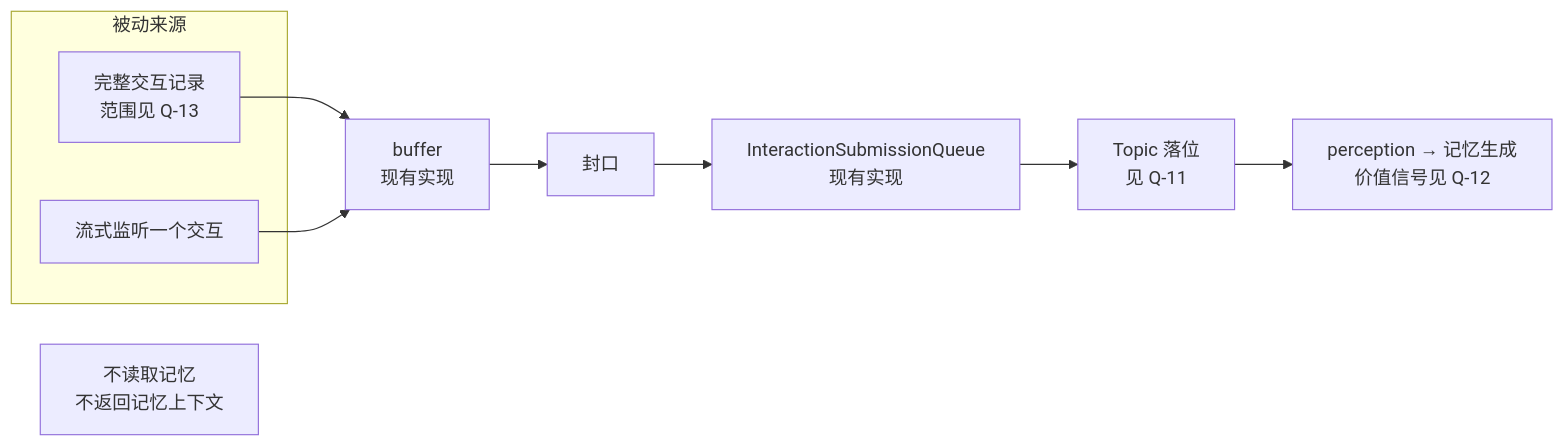
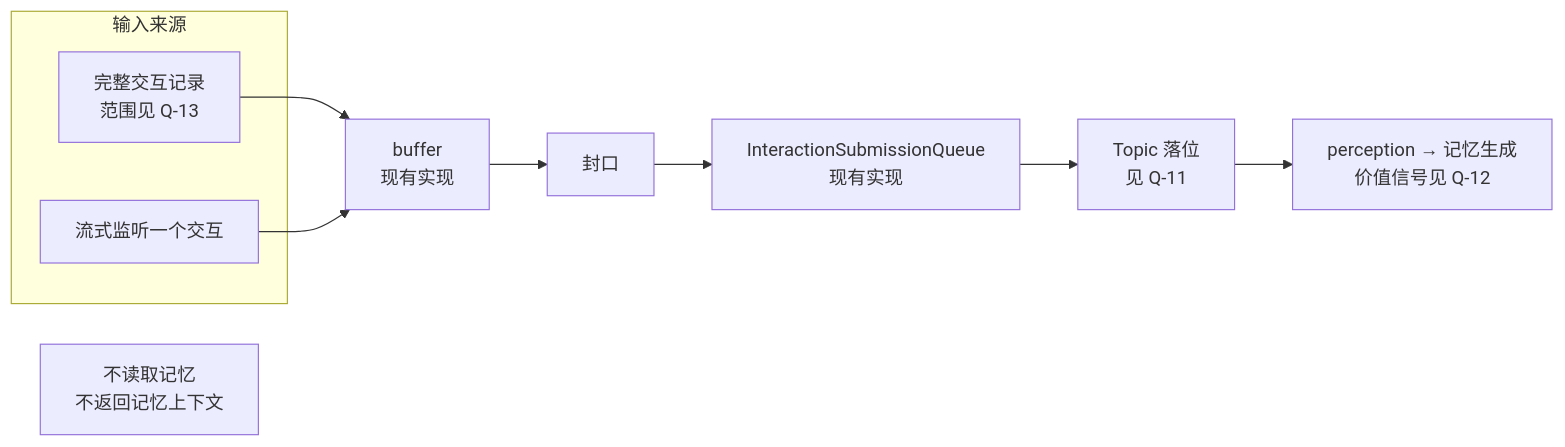
Before and after one commit to artemis03976/HiveMemory: the third of 5 diagrams in docs/ideas/workspace-network-task-process-architecture.md, drawn with Mermaid. The commit also changed other lines of this file and 179 other files, not shown here.

````diff
--- a/docs/ideas/workspace-network-task-process-architecture.md
+++ b/docs/ideas/workspace-network-task-process-architecture.md
@@ -186,14 +196,14 @@
 ```mermaid
 flowchart LR
-    subgraph SRC["被动来源"]
+    subgraph SRC["输入来源"]
         FULL["完整交互记录<br/>范围见 Q-13"]
         STREAM["流式监听一个交互"]
     end
     FULL --> BUF["buffer<br/>现有实现"]
     STREAM --> BUF
     BUF --> SEAL["封口"]
     SEAL --> Q["InteractionSubmissionQueue<br/>现有实现"]
     Q --> PLACE["Topic 落位<br/>见 Q-11"]
     PLACE --> PERC["perception → 记忆生成<br/>价值信号见 Q-12"]
     X["不读取记忆<br/>不返回记忆上下文"]
 ```
````
